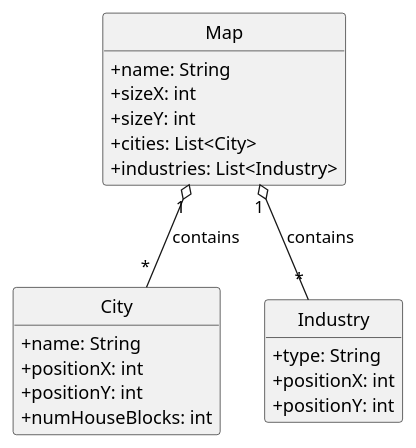
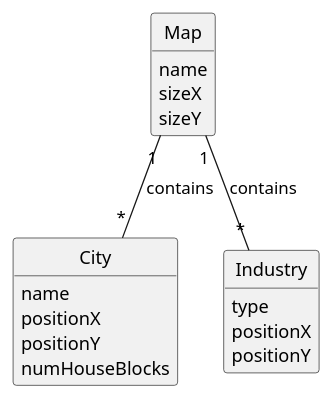
One commit to goncalolopesp/sem2-pi-24.25-g093-repo changed the diagram in docs/system-documentation/US003/02.analysis/puml/US003-DM.puml. Above: the diagram before and after it, drawn with PlantUML. The commit also changed 6 other files, not shown here.

```diff
--- a/docs/system-documentation/US003/02.analysis/puml/US003-DM.puml
+++ b/docs/system-documentation/US003/02.analysis/puml/US003-DM.puml
@@ -1,39 +1,37 @@
 @startuml
 skinparam monochrome true
 skinparam packageStyle rectangle
 skinparam shadowing false
 
 'left to right direction
 
 skinparam classAttributeIconSize 0
 
 hide circle
 hide methods
 
 'title Domain Model
 
 class Map {
-    +name: String
-    +sizeX: int
-    +sizeY: int
-    +cities: List<City>
-    +industries: List<Industry>
+    name
+    sizeX
+    sizeY
   }
 
   class City {
-    +name: String
-    +positionX: int
-    +positionY: int
-    +numHouseBlocks: int
+    name
+    positionX
+    positionY
+    numHouseBlocks
   }
 
   class Industry {
-    +type: String
-    +positionX: int
-    +positionY: int
+    type
+    positionX
+    positionY
   }
 
-  Map "1" o-- "*" City : contains
-  Map "1" o-- "*" Industry : contains
+  Map "1"--"*" City : contains
+  Map "1"--"*" Industry : contains
 }
 @enduml
```
